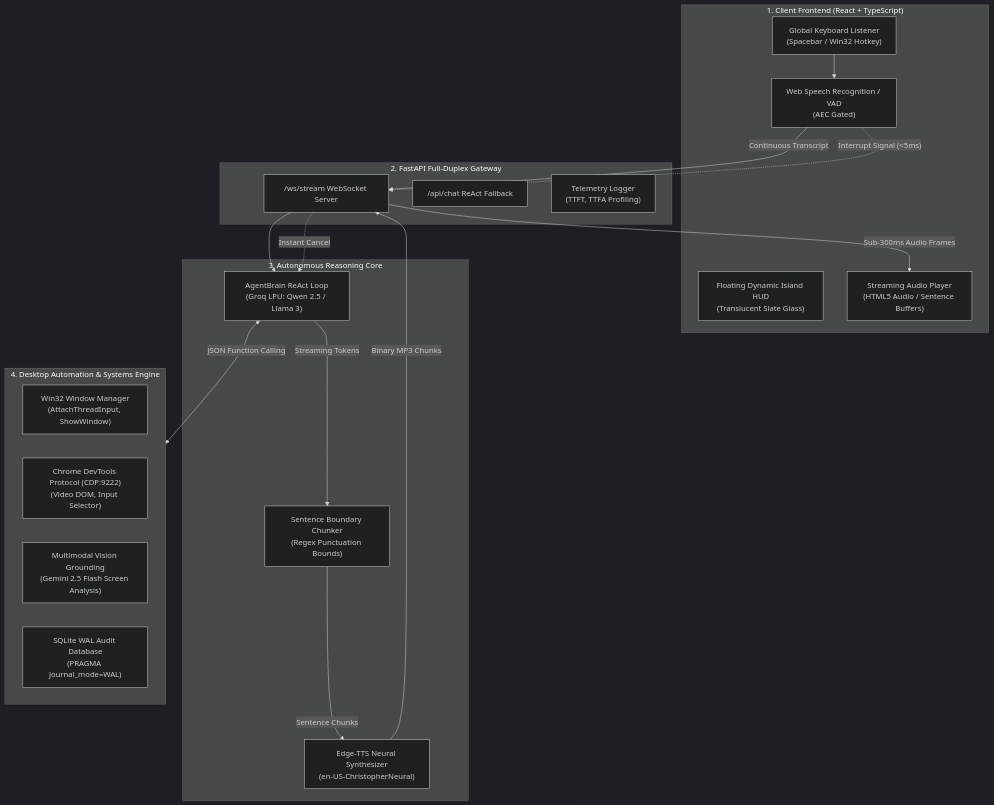
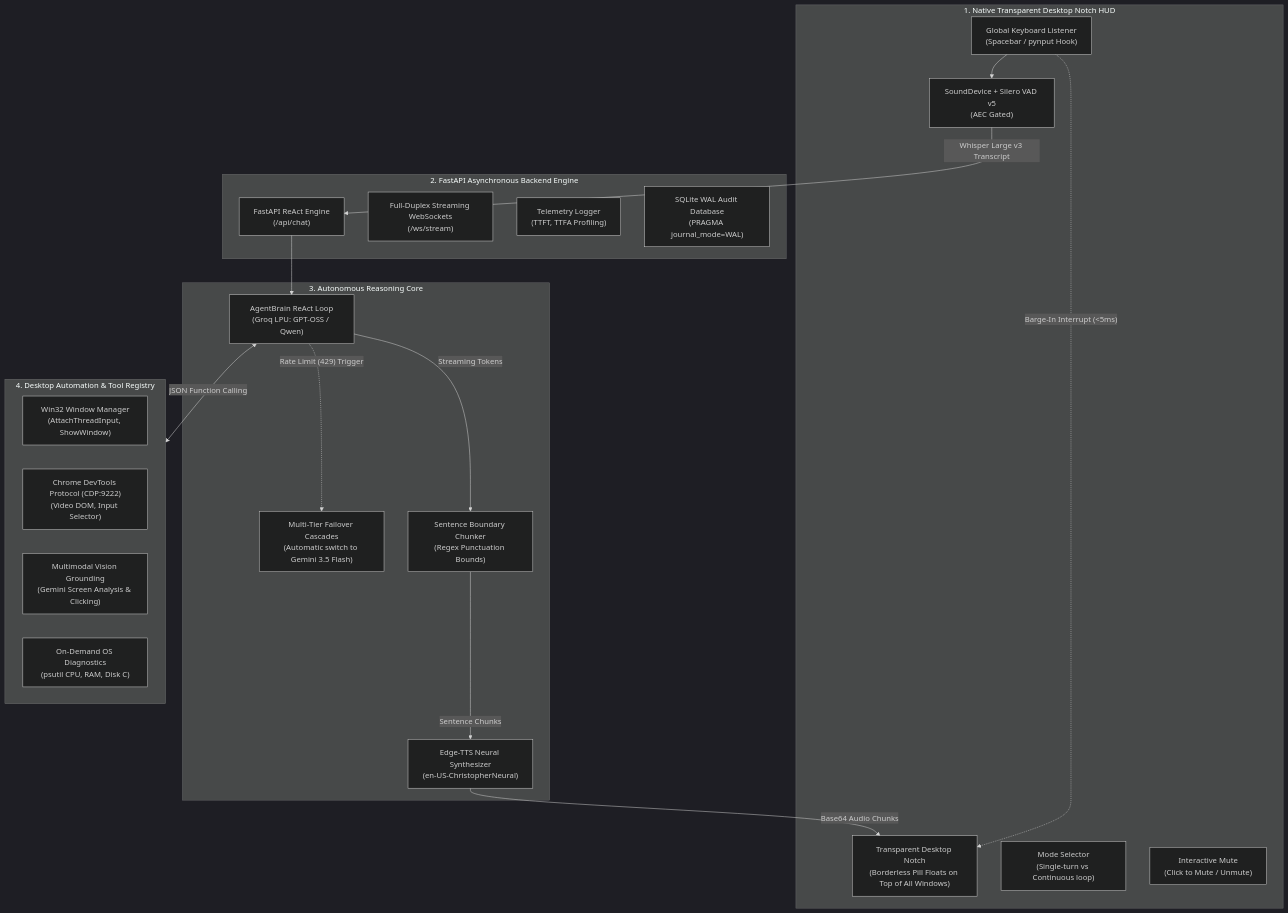
The diagram in README.md (Nikil-R/Autonomous-Voice-Agent-with-Desktop-Automation), drawn with Mermaid (dark theme) before and after one commit. The commit also changed other lines of this file and 3 other files, not shown here.

Commit message:
fix: Update AgentBrain to handle fallback models and integrate Google Gemini

````diff
--- a/README.md
+++ b/README.md
@@ -41,39 +39,41 @@
 ```mermaid
 flowchart TD
-    subgraph Client["1. Client Frontend (React + TypeScript)"]
-        NOTCH["Floating Dynamic Island HUD\n(Translucent Slate Glass)"]
-        HOTKEY["Global Keyboard Listener\n(Spacebar / Win32 Hotkey)"]
-        REC["Web Speech Recognition / VAD\n(AEC Gated)"]
-        QUEUE["Streaming Audio Player\n(HTML5 Audio / Sentence Buffers)"]
+    subgraph Client["1. Native Transparent Desktop Notch HUD"]
+        NOTCH["Transparent Desktop Notch\n(Borderless Pill Floats on Top of All Windows)"]
+        TOGGLE["Mode Selector\n(Single-turn vs Continuous loop)"]
+        MUTE["Interactive Mute\n(Click to Mute / Unmute)"]
+        HOTKEY["Global Keyboard Listener\n(Spacebar / pynput Hook)"]
+        REC["SoundDevice + Silero VAD v5\n(AEC Gated)"]
     end
 
-    subgraph Gateway["2. FastAPI Full-Duplex Gateway"]
-        WS["/ws/stream WebSocket Server"]
-        HTTP["/api/chat ReAct Fallback"]
+    subgraph Gateway["2. FastAPI Asynchronous Backend Engine"]
+        API["FastAPI ReAct Engine\n(/api/chat)"]
+        WS["Full-Duplex Streaming WebSockets\n(/ws/stream)"]
         TEL["Telemetry Logger\n(TTFT, TTFA Profiling)"]
+        WAL["SQLite WAL Audit Database\n(PRAGMA journal_mode=WAL)"]
     end
 
     subgraph Cognitive["3. Autonomous Reasoning Core"]
-        ROUTER["AgentBrain ReAct Loop\n(Groq LPU: Qwen 2.5 / Llama 3)"]
+        ROUTER["AgentBrain ReAct Loop\n(Groq LPU: GPT-OSS / Qwen)"]
+        FAILOVER["Multi-Tier Failover Cascades\n(Automatic switch to Gemini 3.5 Flash)"]
         CHUNKER["Sentence Boundary Chunker\n(Regex Punctuation Bounds)"]
         TTS["Edge-TTS Neural Synthesizer\n(en-US-ChristopherNeural)"]
     end
 
-    subgraph OS_Tools["4. Desktop Automation & Systems Engine"]
+    subgraph OS_Tools["4. Desktop Automation & Tool Registry"]
         WIN32["Win32 Window Manager\n(AttachThreadInput, ShowWindow)"]
         CDP["Chrome DevTools Protocol (CDP:9222)\n(Video DOM, Input Selector)"]
-        VISION["Multimodal Vision Grounding\n(Gemini 2.5 Flash Screen Analysis)"]
-        WAL["SQLite WAL Audit Database\n(PRAGMA journal_mode=WAL)"]
+        VISION["Multimodal Vision Grounding\n(Gemini Screen Analysis & Clicking)"]
+        SYSTEM["On-Demand OS Diagnostics\n(psutil CPU, RAM, Disk C)"]
     end
 
     HOTKEY --> REC
-    REC -->|"Continuous Transcript"| WS
-    WS --> ROUTER
+    REC -->|"Whisper Large v3 Transcript"| API
+    API --> ROUTER
+    ROUTER -.->|"Rate Limit (429) Trigger"| FAILOVER
     ROUTER <-->|"JSON Function Calling"| OS_Tools
     ROUTER -->|"Streaming Tokens"| CHUNKER
     CHUNKER -->|"Sentence Chunks"| TTS
-    TTS -->|"Binary MP3 Chunks"| WS
-    WS -->|"Sub-300ms Audio Frames"| QUEUE
-    REC -.->|"Interrupt Signal (<5ms)"| WS
-    WS -.->|"Instant Cancel"| ROUTER
+    TTS -->|"Base64 Audio Chunks"| NOTCH
+    HOTKEY -.->|"Barge-In Interrupt (<5ms)"| NOTCH
 ```
````
